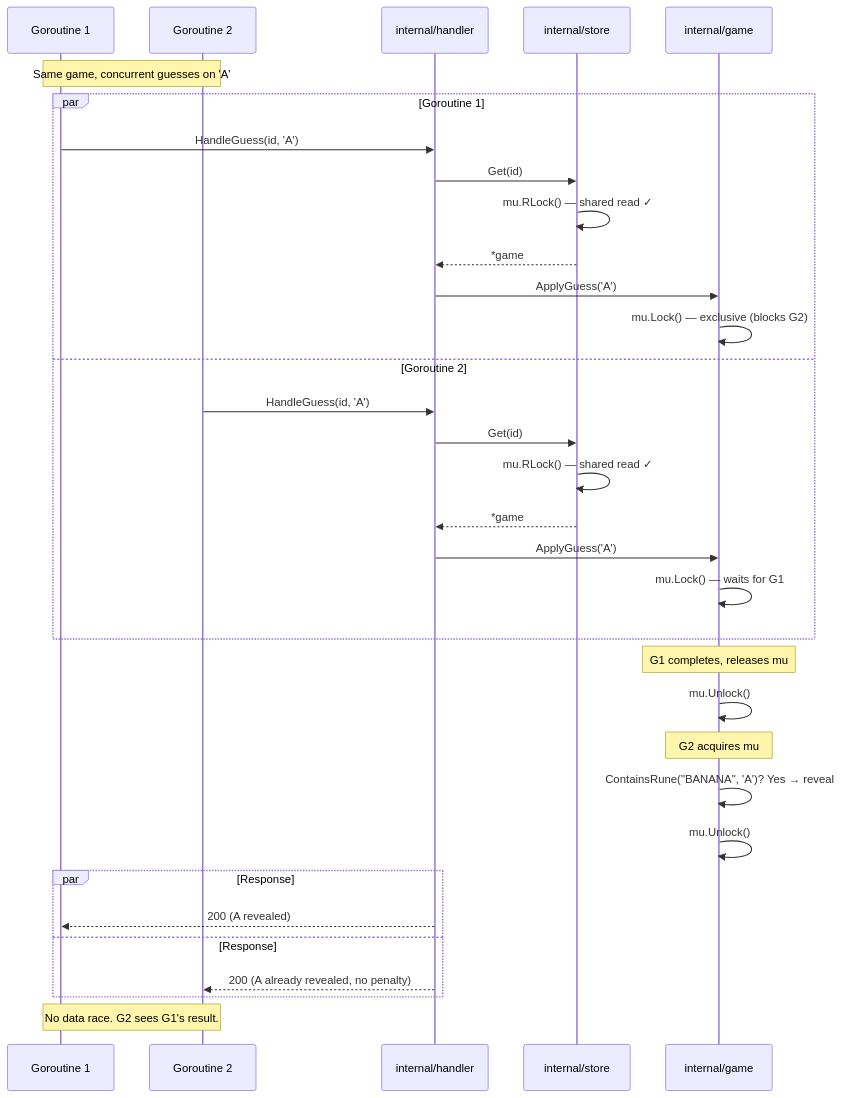
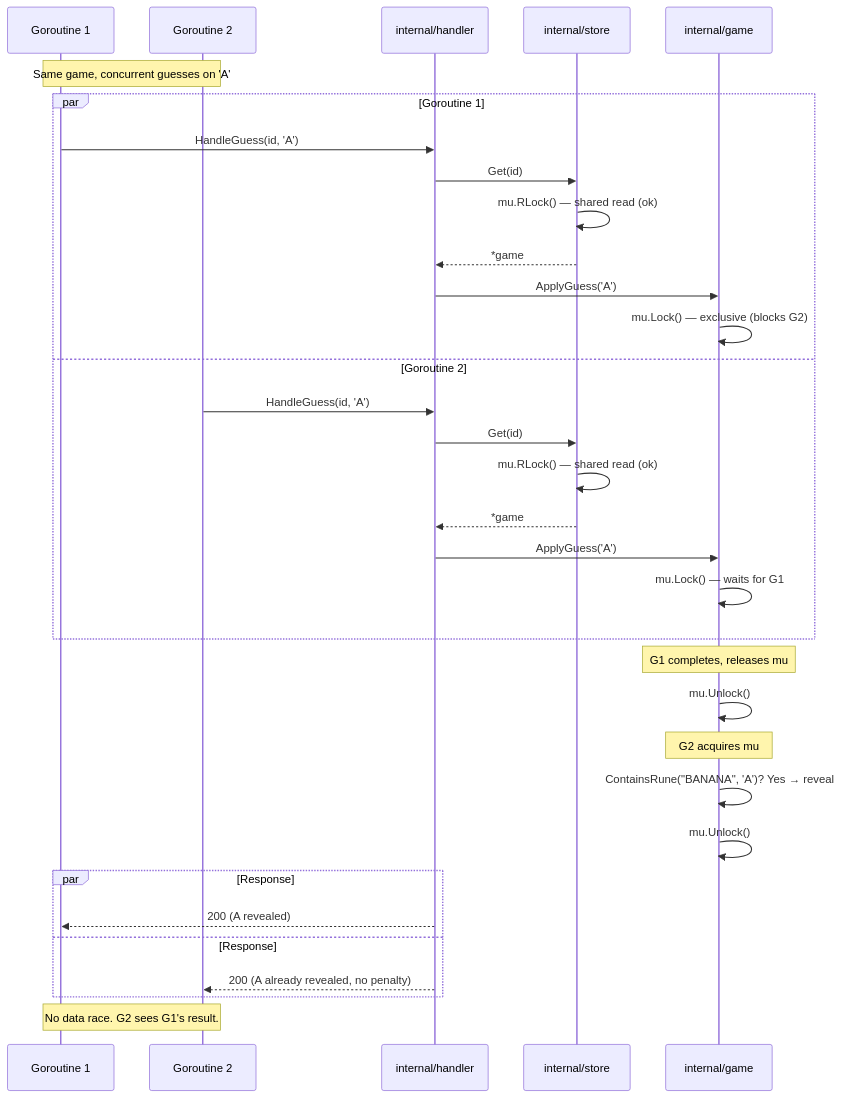
Before and after one commit to ajitm722/wordgame: the seventh of 11 diagrams in docs.md, drawn with Mermaid. The commit also changed other lines of this file and 14 other files, not shown here.

````diff
--- a/docs.md
+++ b/docs.md
@@ -552,40 +557,40 @@
 ```mermaid
 sequenceDiagram
     participant G1 as Goroutine 1
     participant G2 as Goroutine 2
     participant Handler as internal/handler
     participant Store as internal/store
     participant Game as internal/game
 
     Note over G1,G2: Same game, concurrent guesses on 'A'
 
     par Goroutine 1
         G1->>Handler: HandleGuess(id, 'A')
         Handler->>Store: Get(id)
-        Store->>Store: mu.RLock() — shared read ✓
+        Store->>Store: mu.RLock() — shared read (ok)
         Store-->>Handler: *game
         Handler->>Game: ApplyGuess('A')
         Game->>Game: mu.Lock() — exclusive (blocks G2)
     and Goroutine 2
         G2->>Handler: HandleGuess(id, 'A')
         Handler->>Store: Get(id)
-        Store->>Store: mu.RLock() — shared read ✓
+        Store->>Store: mu.RLock() — shared read (ok)
         Store-->>Handler: *game
         Handler->>Game: ApplyGuess('A')
         Game->>Game: mu.Lock() — waits for G1
     end
 
     Note over Game: G1 completes, releases mu
     Game->>Game: mu.Unlock()
     Note over Game: G2 acquires mu
     Game->>Game: ContainsRune("BANANA", 'A')? Yes → reveal
     Game->>Game: mu.Unlock()
 
     par Response
         Handler-->>G1: 200 (A revealed)
     and Response
         Handler-->>G2: 200 (A already revealed, no penalty)
     end
 
     Note over G1,G2: No data race. G2 sees G1's result.
 ```
````
